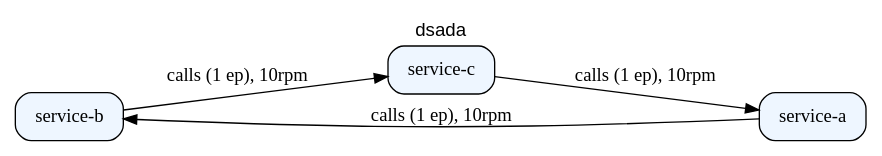
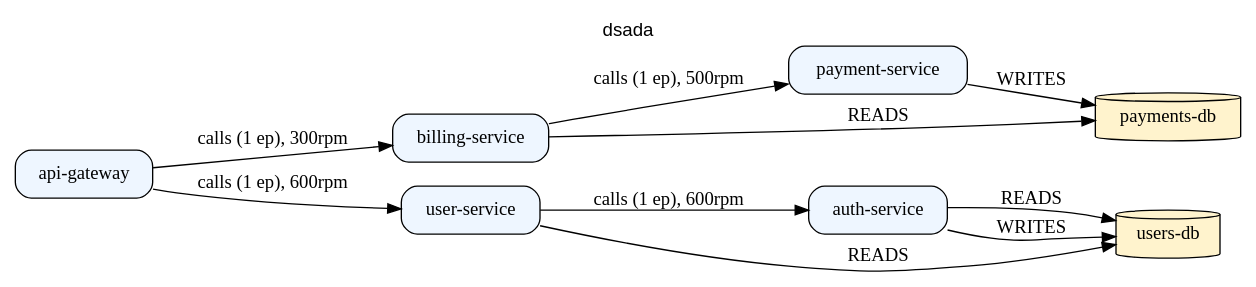
The diagram in out/graph.dot (GoSim-25-26J-441/go-sim-backend), drawn with Graphviz before and after one commit. The commit also changed 63 other files, not shown here.

```diff
--- a/out/graph.dot
+++ b/out/graph.dot
@@ -1,11 +1,21 @@
 digraph G {
   rankdir=LR;
   node [shape=box, style=rounded];
   labelloc="t"; label="dsada"; fontname="Helvetica";
-  "SERVICE:service-b" [label="service-b", shape=box,style="rounded,filled",fillcolor="#eef6ff"];
-  "SERVICE:service-c" [label="service-c", shape=box,style="rounded,filled",fillcolor="#eef6ff"];
-  "SERVICE:service-a" [label="service-a", shape=box,style="rounded,filled",fillcolor="#eef6ff"];
-  "SERVICE:service-a" -> "SERVICE:service-b" [label="calls (1 ep), 10rpm", tooltip="edge#0"];
-  "SERVICE:service-b" -> "SERVICE:service-c" [label="calls (1 ep), 10rpm", tooltip="edge#1"];
-  "SERVICE:service-c" -> "SERVICE:service-a" [label="calls (1 ep), 10rpm", tooltip="edge#2"];
+  "SERVICE:auth-service" [label="auth-service", shape=box,style="rounded,filled",fillcolor="#eef6ff"];
+  "SERVICE:billing-service" [label="billing-service", shape=box,style="rounded,filled",fillcolor="#eef6ff"];
+  "SERVICE:payment-service" [label="payment-service", shape=box,style="rounded,filled",fillcolor="#eef6ff"];
+  "DATABASE:users-db" [label="users-db", shape=cylinder,style="filled",fillcolor="#fff3cd"];
+  "DATABASE:payments-db" [label="payments-db", shape=cylinder,style="filled",fillcolor="#fff3cd"];
+  "SERVICE:api-gateway" [label="api-gateway", shape=box,style="rounded,filled",fillcolor="#eef6ff"];
+  "SERVICE:user-service" [label="user-service", shape=box,style="rounded,filled",fillcolor="#eef6ff"];
+  "SERVICE:api-gateway" -> "SERVICE:user-service" [label="calls (1 ep), 600rpm", tooltip="edge#0"];
+  "SERVICE:api-gateway" -> "SERVICE:billing-service" [label="calls (1 ep), 300rpm", tooltip="edge#1"];
+  "SERVICE:user-service" -> "SERVICE:auth-service" [label="calls (1 ep), 600rpm", tooltip="edge#2"];
+  "SERVICE:user-service" -> "DATABASE:users-db" [label="READS", tooltip="edge#3"];
+  "SERVICE:auth-service" -> "DATABASE:users-db" [label="READS", tooltip="edge#4"];
+  "SERVICE:auth-service" -> "DATABASE:users-db" [label="WRITES", tooltip="edge#5"];
+  "SERVICE:billing-service" -> "SERVICE:payment-service" [label="calls (1 ep), 500rpm", tooltip="edge#6"];
+  "SERVICE:billing-service" -> "DATABASE:payments-db" [label="READS", tooltip="edge#7"];
+  "SERVICE:payment-service" -> "DATABASE:payments-db" [label="WRITES", tooltip="edge#8"];
 }
```
